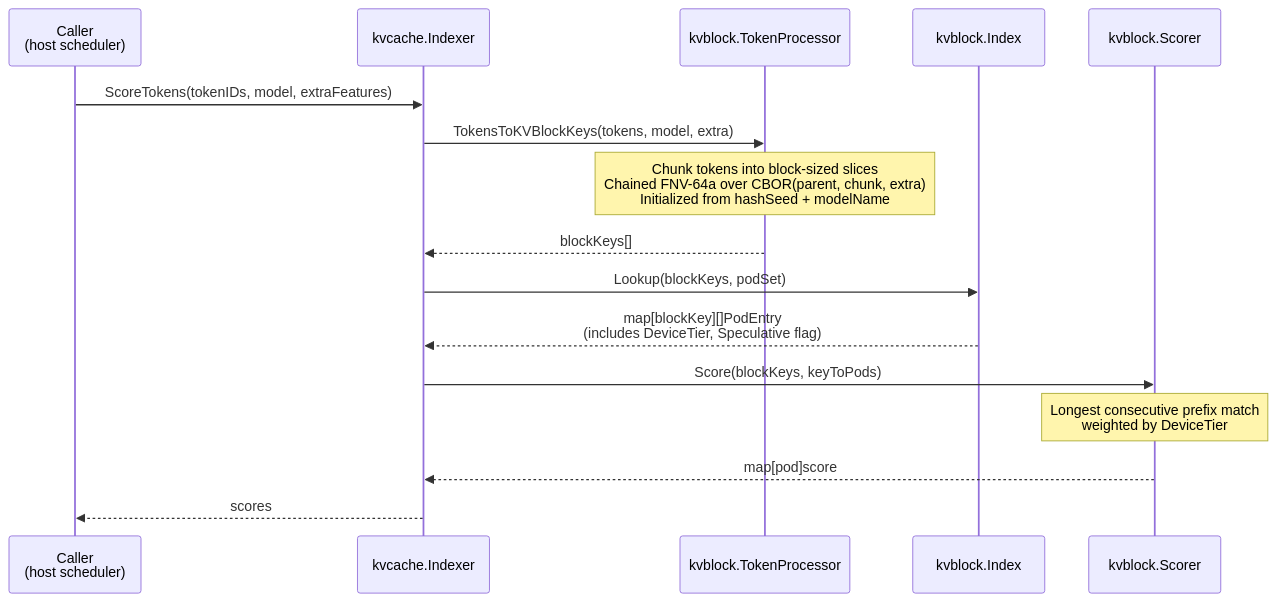
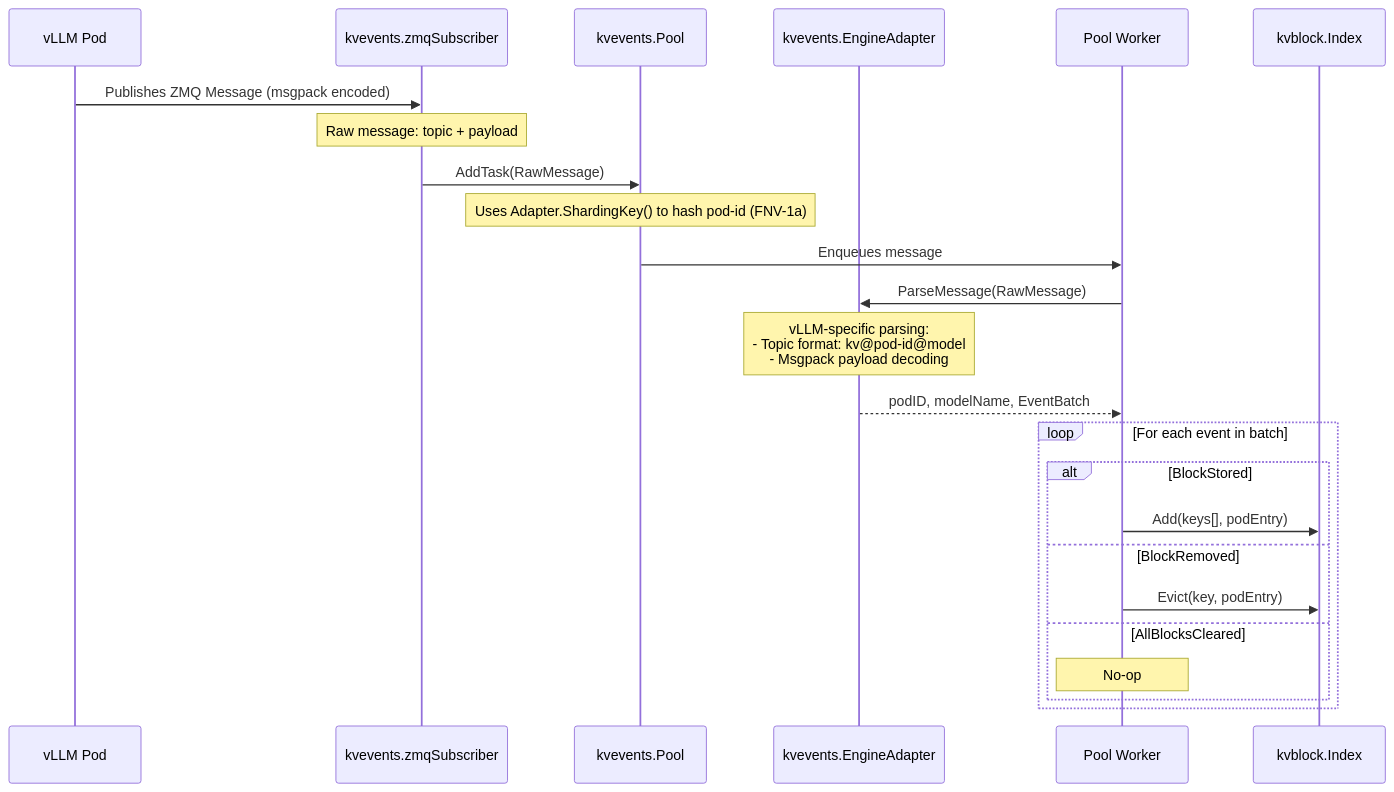
One commit to mwaykole/llm-d-kv-cache changed the second of 2 diagrams in docs/architecture.md. Above: the diagram before and after it, drawn with Mermaid. The commit also changed other lines of this file and 103 other files, not shown here.

````diff
--- a/docs/architecture.md
+++ b/docs/architecture.md
@@ -134,21 +72,31 @@
 ```mermaid
 sequenceDiagram
-    participant Caller as Caller<br/>(host scheduler)
-    participant Indexer as kvcache.Indexer
-    participant TP as kvblock.TokenProcessor
+    participant vLLM as vLLM Pod
+    participant Subscriber as kvevents.zmqSubscriber
+    participant Pool as kvevents.Pool
+    participant Adapter as kvevents.EngineAdapter
+    participant Worker as Pool Worker
     participant Index as kvblock.Index
-    participant BlockScorer as kvblock.Scorer
 
-    Caller->>Indexer: ScoreTokens(tokenIDs, model, extraFeatures)
-    Indexer->>TP: TokensToKVBlockKeys(tokens, model, extra)
-    Note over TP: Chunk tokens into block-sized slices<br/>Chained FNV-64a over CBOR(parent, chunk, extra)<br/>Initialized from hashSeed + modelName
-    TP-->>Indexer: blockKeys[]
-
-    Indexer->>Index: Lookup(blockKeys, podSet)
-    Index-->>Indexer: map[blockKey][]PodEntry<br/>(includes DeviceTier, Speculative flag)
-
-    Indexer->>BlockScorer: Score(blockKeys, keyToPods)
-    Note over BlockScorer: Longest consecutive prefix match<br/>weighted by DeviceTier
-    BlockScorer-->>Indexer: map[pod]score
-    Indexer-->>Caller: scores
+    vLLM->>Subscriber: Publishes ZMQ Message (msgpack encoded)
+    Note over Subscriber: Raw message: topic + payload
+    
+    Subscriber->>Pool: AddTask(RawMessage)
+    Note over Pool: Uses Adapter.ShardingKey() to hash pod-id (FNV-1a)
+    
+    Pool->>Worker: Enqueues message
+    
+    Worker->>Adapter: ParseMessage(RawMessage)
+    Note over Adapter: vLLM-specific parsing:<br/>- Topic format: kv@pod-id@model<br/>- Msgpack payload decoding
+    Adapter-->>Worker: podID, modelName, EventBatch
+    
+    loop For each event in batch
+        alt BlockStored
+            Worker->>Index: Add(keys[], podEntry)
+        else BlockRemoved
+            Worker->>Index: Evict(key, podEntry)
+        else AllBlocksCleared
+            Note over Worker: No-op
+        end
+    end
 ```
````
